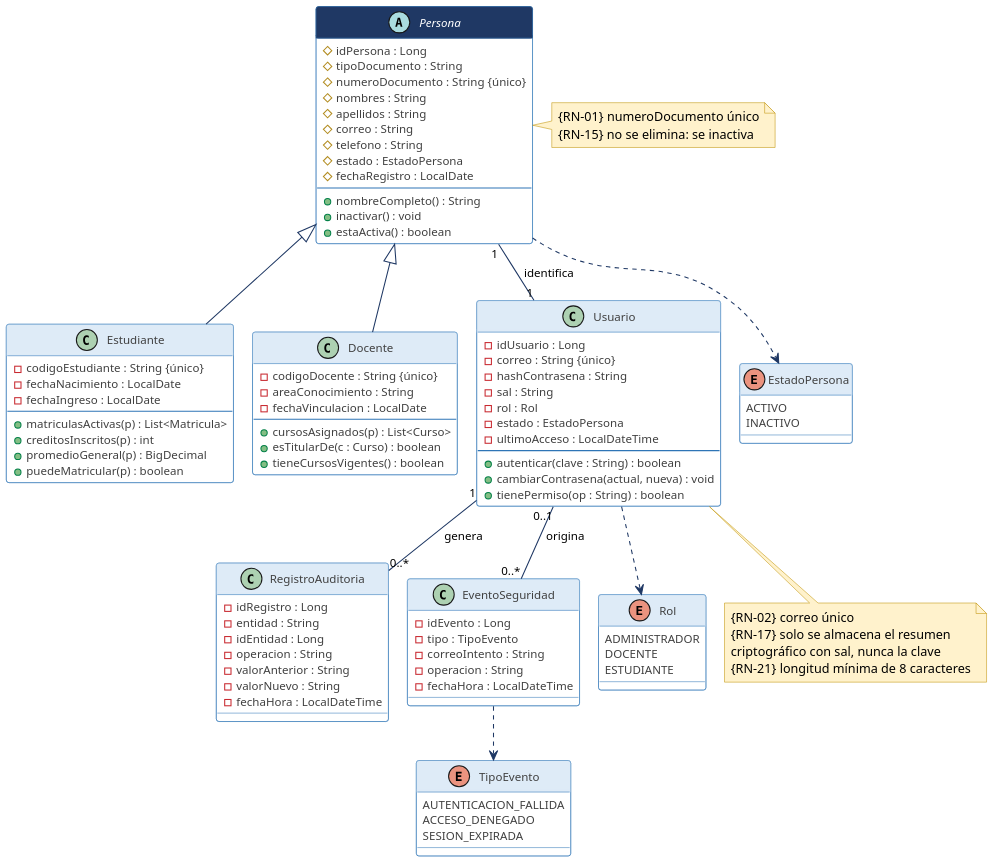
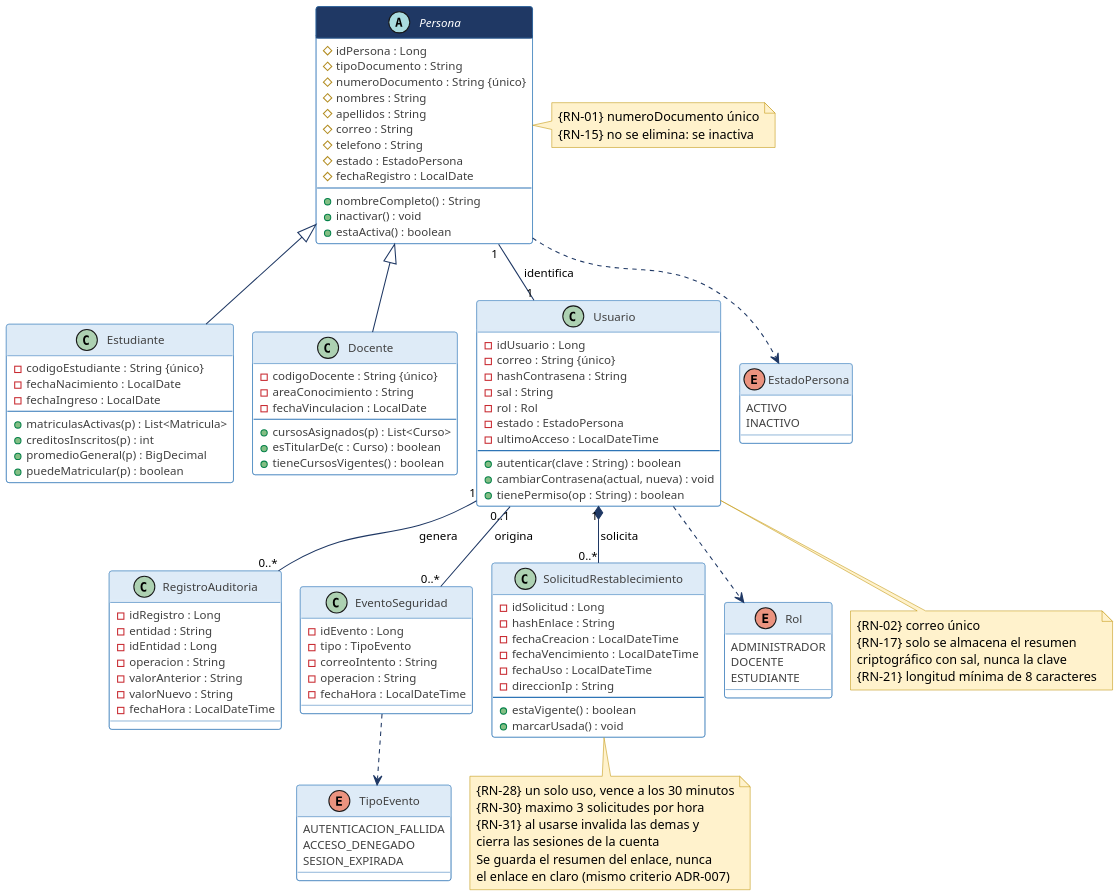
The diagram in fase3-modelado-uml/diagramas/06-clases-personas.puml (JohanOtavo/sistema-gestion-academica), drawn with PlantUML before and after one commit. The commit also changed 12 other files, not shown here.

First line of the commit message:
feat(hu-32): restablecer la contrasena por autoservicio con enlace al correo

```diff
--- a/fase3-modelado-uml/diagramas/06-clases-personas.puml
+++ b/fase3-modelado-uml/diagramas/06-clases-personas.puml
@@ -1,139 +1,161 @@
 @startuml 06-clases-personas
 !pragma layout smetana
 skinparam dpi 160
 skinparam defaultFontName "Segoe UI"
 skinparam defaultFontSize 12
 skinparam shadowing false
 skinparam backgroundColor #FFFFFF
 skinparam ArrowColor #1F3864
 skinparam ArrowFontSize 11
 skinparam class {
   BorderColor #2E75B6
   BackgroundColor #FFFFFF
   FontColor #1F3864
   HeaderBackgroundColor #DEEBF7
   AttributeFontColor #404040
   AttributeFontSize 11
 }
 skinparam enum {
   BorderColor #BF9000
   BackgroundColor #FFF9E6
   FontColor #7F6000
 }
 skinparam note {
   BackgroundColor #FFF2CC
   BorderColor #BF9000
 }
 skinparam class<<abstracta>> {
   HeaderBackgroundColor #1F3864
   FontColor #FFFFFF
 }
 hide stereotype
 
 abstract class Persona <<abstracta>> {
   # idPersona : Long
   # tipoDocumento : String
   # numeroDocumento : String {único}
   # nombres : String
   # apellidos : String
   # correo : String
   # telefono : String
   # estado : EstadoPersona
   # fechaRegistro : LocalDate
   --
   + nombreCompleto() : String
   + inactivar() : void
   + estaActiva() : boolean
 }
 
 class Estudiante {
   - codigoEstudiante : String {único}
   - fechaNacimiento : LocalDate
   - fechaIngreso : LocalDate
   --
   + matriculasActivas(p) : List<Matricula>
   + creditosInscritos(p) : int
   + promedioGeneral(p) : BigDecimal
   + puedeMatricular(p) : boolean
 }
 
 class Docente {
   - codigoDocente : String {único}
   - areaConocimiento : String
   - fechaVinculacion : LocalDate
   --
   + cursosAsignados(p) : List<Curso>
   + esTitularDe(c : Curso) : boolean
   + tieneCursosVigentes() : boolean
 }
 
 class Usuario {
   - idUsuario : Long
   - correo : String {único}
   - hashContrasena : String
   - sal : String
   - rol : Rol
   - estado : EstadoPersona
   - ultimoAcceso : LocalDateTime
   --
   + autenticar(clave : String) : boolean
   + cambiarContrasena(actual, nueva) : void
   + tienePermiso(op : String) : boolean
 }
 
 class RegistroAuditoria {
   - idRegistro : Long
   - entidad : String
   - idEntidad : Long
   - operacion : String
   - valorAnterior : String
   - valorNuevo : String
   - fechaHora : LocalDateTime
 }
 
 class EventoSeguridad {
   - idEvento : Long
   - tipo : TipoEvento
   - correoIntento : String
   - operacion : String
   - fechaHora : LocalDateTime
 }
 
+class SolicitudRestablecimiento {
+  - idSolicitud : Long
+  - hashEnlace : String
+  - fechaCreacion : LocalDateTime
+  - fechaVencimiento : LocalDateTime
+  - fechaUso : LocalDateTime
+  - direccionIp : String
+  --
+  + estaVigente() : boolean
+  + marcarUsada() : void
+}
+
 enum Rol {
   ADMINISTRADOR
   DOCENTE
   ESTUDIANTE
 }
 
 enum EstadoPersona {
   ACTIVO
   INACTIVO
 }
 
 enum TipoEvento {
   AUTENTICACION_FALLIDA
   ACCESO_DENEGADO
   SESION_EXPIRADA
 }
 
 Persona <|-- Estudiante
 Persona <|-- Docente
 Persona "1" -- "1" Usuario : identifica >
 Usuario "1" -- "0..*" RegistroAuditoria : genera >
 Usuario "0..1" -- "0..*" EventoSeguridad : origina >
+Usuario "1" *-- "0..*" SolicitudRestablecimiento : solicita >
 Usuario ..> Rol
 Persona ..> EstadoPersona
 EventoSeguridad ..> TipoEvento
+
+note bottom of SolicitudRestablecimiento
+  {RN-28} un solo uso, vence a los 30 minutos
+  {RN-30} maximo 3 solicitudes por hora
+  {RN-31} al usarse invalida las demas y
+  cierra las sesiones de la cuenta
+  Se guarda el resumen del enlace, nunca
+  el enlace en claro (mismo criterio ADR-007)
+end note
 
 note bottom of Usuario
   {RN-02} correo único
   {RN-17} solo se almacena el resumen
   criptográfico con sal, nunca la clave
   {RN-21} longitud mínima de 8 caracteres
 end note
 
 note right of Persona
   {RN-01} numeroDocumento único
   {RN-15} no se elimina: se inactiva
 end note
 @enduml
```
